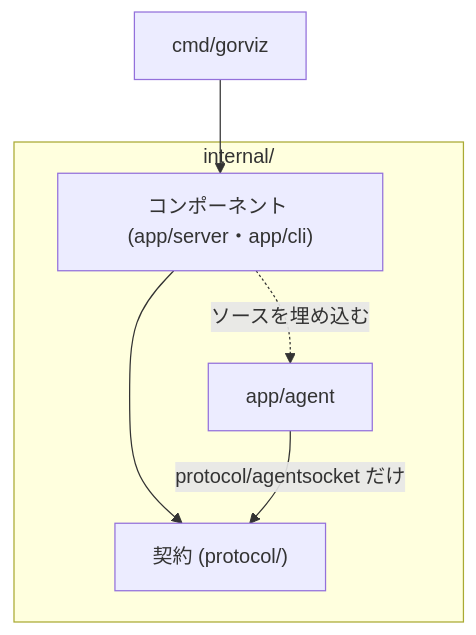
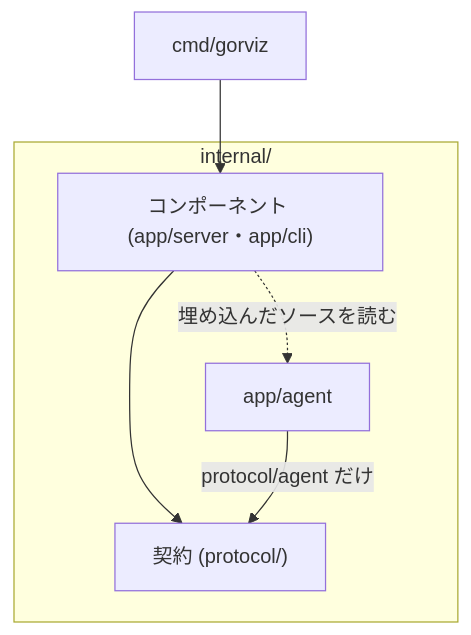
Before and after one commit to kakkky/gorviz: the first of 4 diagrams in docs/architecture.md, drawn with Mermaid. The commit also changed other lines of this file and 3 other files, not shown here.

````diff
--- a/docs/architecture.md
+++ b/docs/architecture.md
@@ -36,14 +38,14 @@
 ```mermaid
 flowchart TD
     cmd["cmd/gorviz"]
     subgraph internal["internal/"]
         app["コンポーネント (app/server・app/cli)"]
         agent["app/agent"]
         protocol["契約 (protocol/)"]
     end
 
     cmd --> app
     app --> protocol
-    agent -->|"protocol/agentsocket だけ"| protocol
-    app -. "ソースを埋め込む" .-> agent
+    agent -->|"protocol/agent だけ"| protocol
+    app -. "埋め込んだソースを読む" .-> agent
 ```
````
